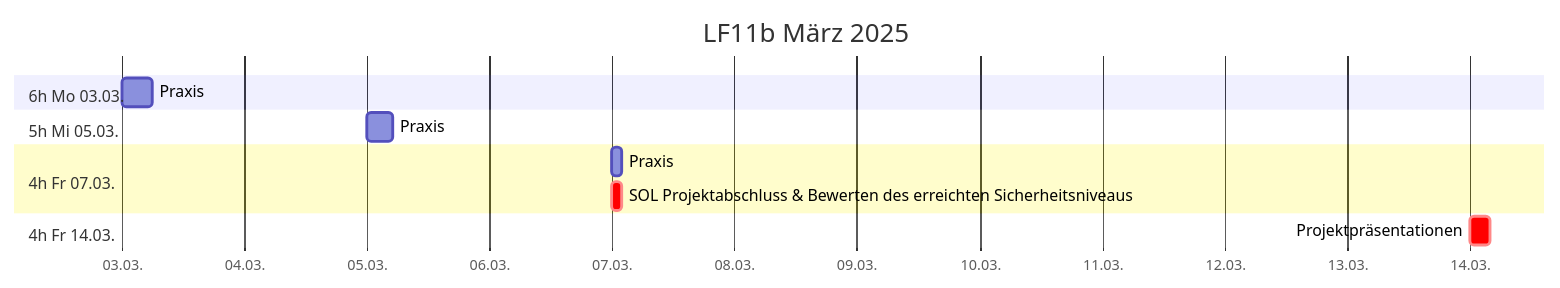
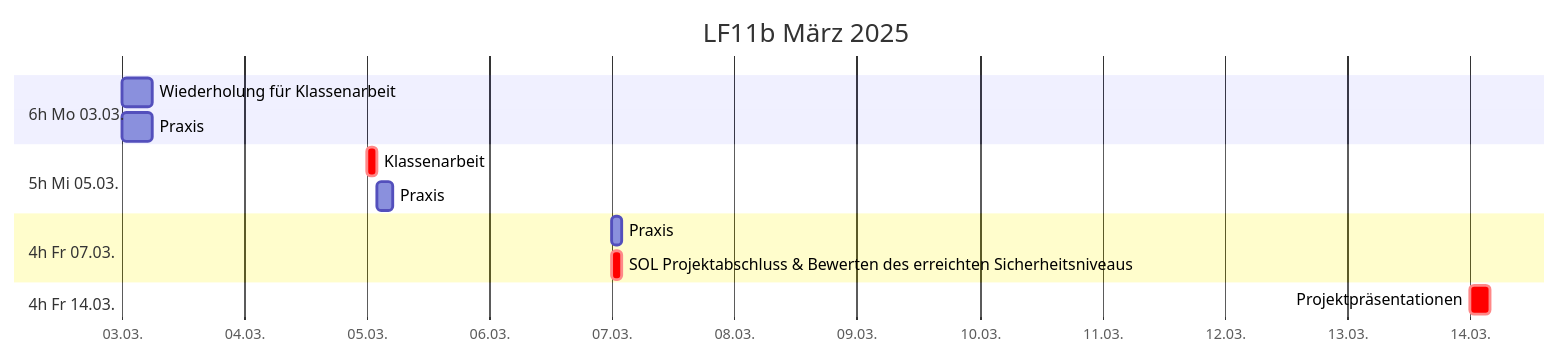
Before and after one commit to johannesloetzsch/LF11b: the third of 3 diagrams in src/plan.md, drawn with Mermaid. The commit also changed other lines of this file and 1 other file, not shown here.

````diff
--- a/src/plan.md
+++ b/src/plan.md
@@ -43,15 +45,17 @@
 ```mermaid
 gantt
  title LF11b März 2025
  dateFormat YYYY-MM-DD
  axisFormat %d.%m.
  section 6h Mo 03.03.
+  Wiederholung für Klassenarbeit    :2025-03-03, 6h
   Praxis                            :2025-03-03, 6h
  section 5h Mi 05.03.
-  Praxis                            :2025-03-05, 5h
+  Klassenarbeit                     :crit, t1, 2025-03-05, 2h
+  Praxis                            :after t1, 3h
  section 4h Fr 07.03.
   Praxis                            :2025-03-07, 2h
   SOL Projektabschluss & Bewerten des erreichten Sicherheitsniveaus :crit, 2025-03-07, 2h
  section 4h Fr 14.03.
   Projektpräsentationen             :crit, 2025-03-14, 4h
 ```
````
